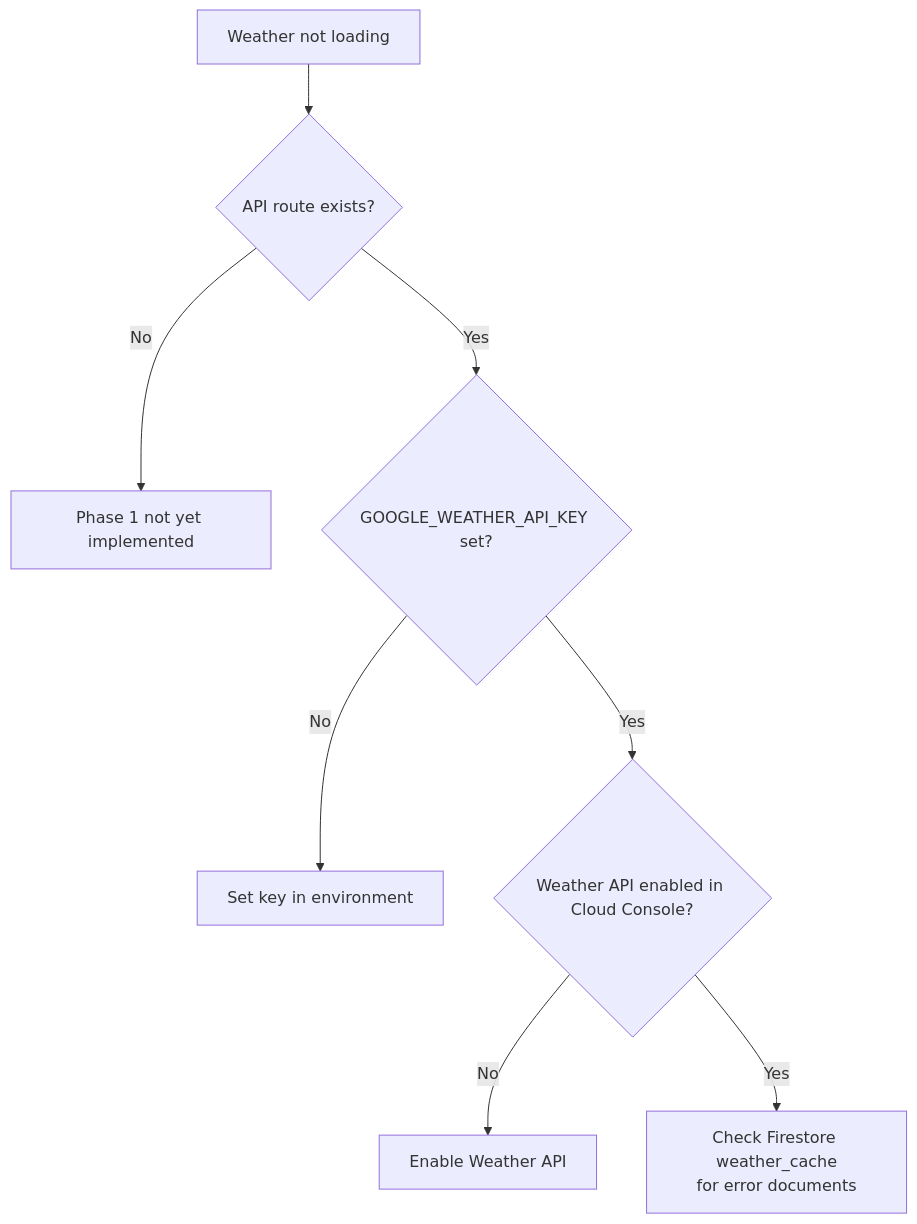
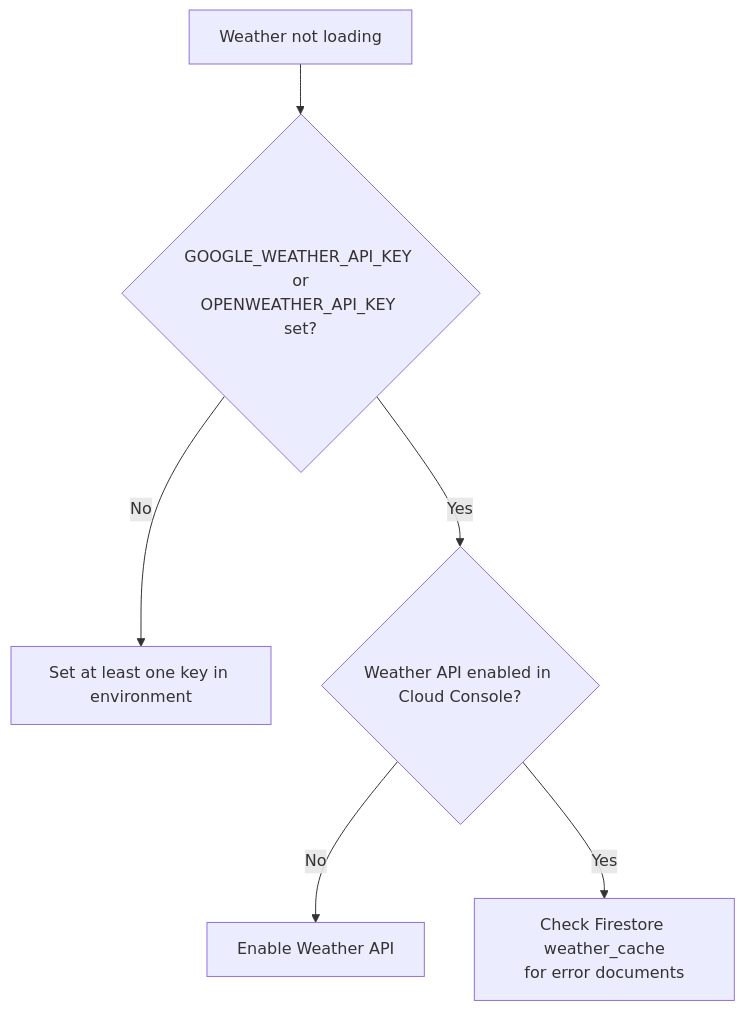
One commit to Oweeboi011/Fit-Ready-IQ changed the ninth of 9 diagrams in docs/wiki/TROUBLESHOOTING.md. Above: the diagram before and after it, drawn with Mermaid. The commit also changed other lines of this file and 11 other files, not shown here.

First line of the commit message:
docs: fix stale paths, branch flow, versions, and structural bugs

````diff
--- a/docs/wiki/TROUBLESHOOTING.md
+++ b/docs/wiki/TROUBLESHOOTING.md
@@ -381,10 +393,8 @@
 ```mermaid
 flowchart TD
-    A["Weather not loading"] --> B{API route exists?}
-    B -->|No| C["Phase 1 not yet implemented"]
-    B -->|Yes| D{GOOGLE_WEATHER_API_KEY set?}
-    D -->|No| E["Set key in environment"]
-    D -->|Yes| F{Weather API enabled in Cloud Console?}
+    A["Weather not loading"] --> B{"GOOGLE_WEATHER_API_KEY or<br/>OPENWEATHER_API_KEY set?"}
+    B -->|No| C["Set at least one key in environment"]
+    B -->|Yes| F{"Weather API enabled in Cloud Console?"}
     F -->|No| G["Enable Weather API"]
     F -->|Yes| H["Check Firestore weather_cache<br/>for error documents"]
 ```
````
